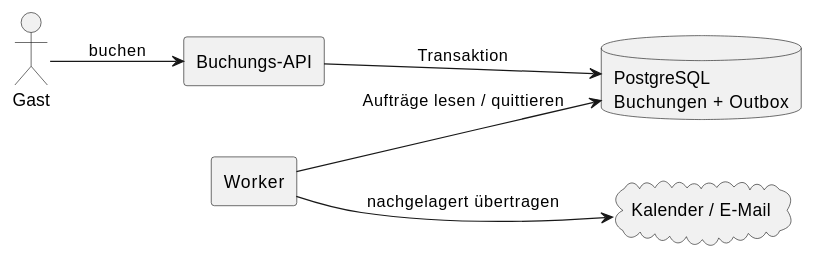
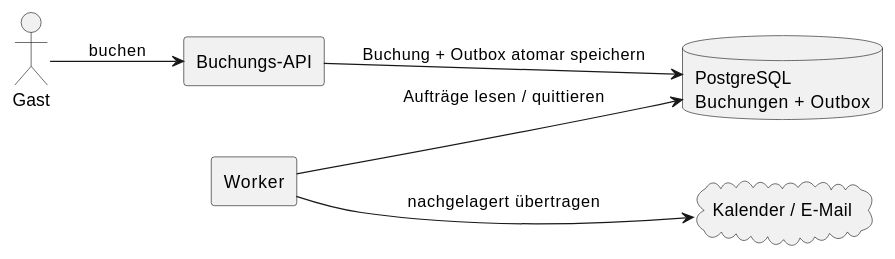
Before and after one commit to dhbw-ka-scalable-systems/lecture: the first of 3 diagrams in Material/Slides/04_Resilienz_Hochverfuegbarkeit.md, drawn with PlantUML. The commit also changed other lines of this file, not shown here.

````diff
--- a/Material/Slides/04_Resilienz_Hochverfuegbarkeit.md
+++ b/Material/Slides/04_Resilienz_Hochverfuegbarkeit.md
@@ -48,14 +49,14 @@
 ```plantuml
 @startuml
 left to right direction
 actor Gast
 rectangle "Buchungs-API" as API
 database "PostgreSQL\nBuchungen + Outbox" as DB
 rectangle Worker
 cloud "Kalender / E-Mail" as External
 Gast --> API : buchen
-API --> DB : Transaktion
+API --> DB : Buchung + Outbox atomar speichern
 Worker --> DB : Aufträge lesen / quittieren
 Worker --> External : nachgelagert übertragen
 @enduml
 ```
````
